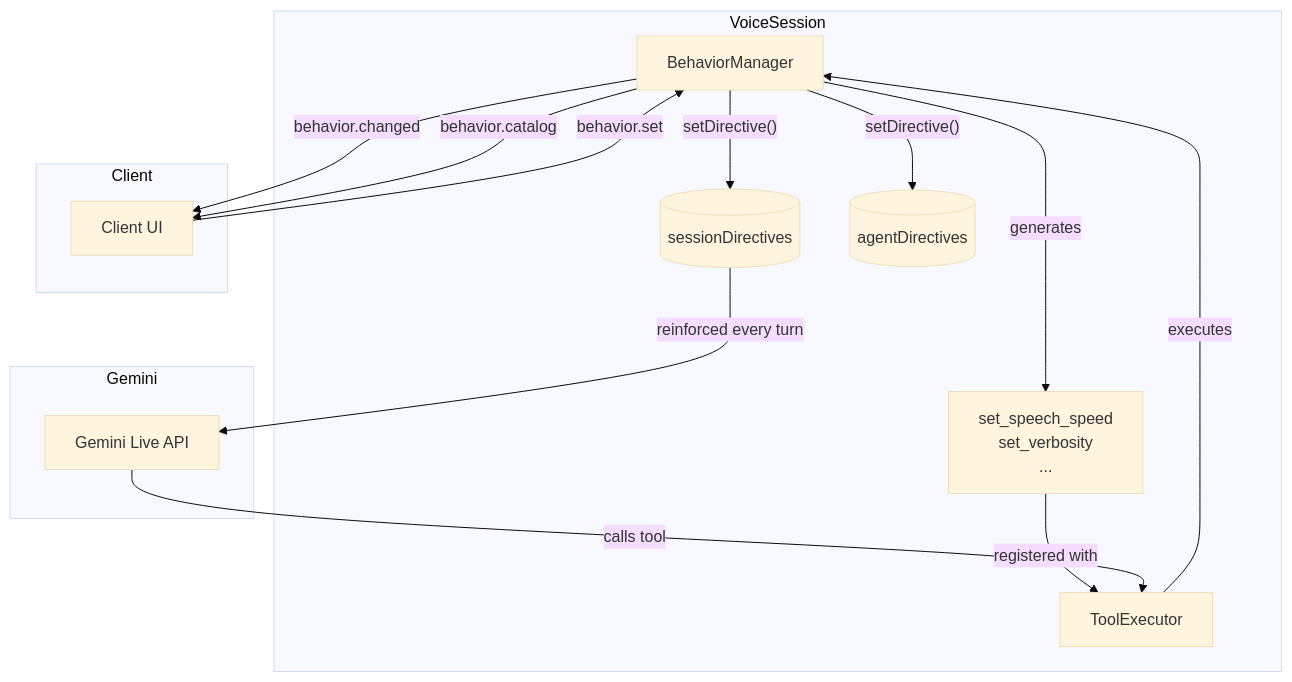
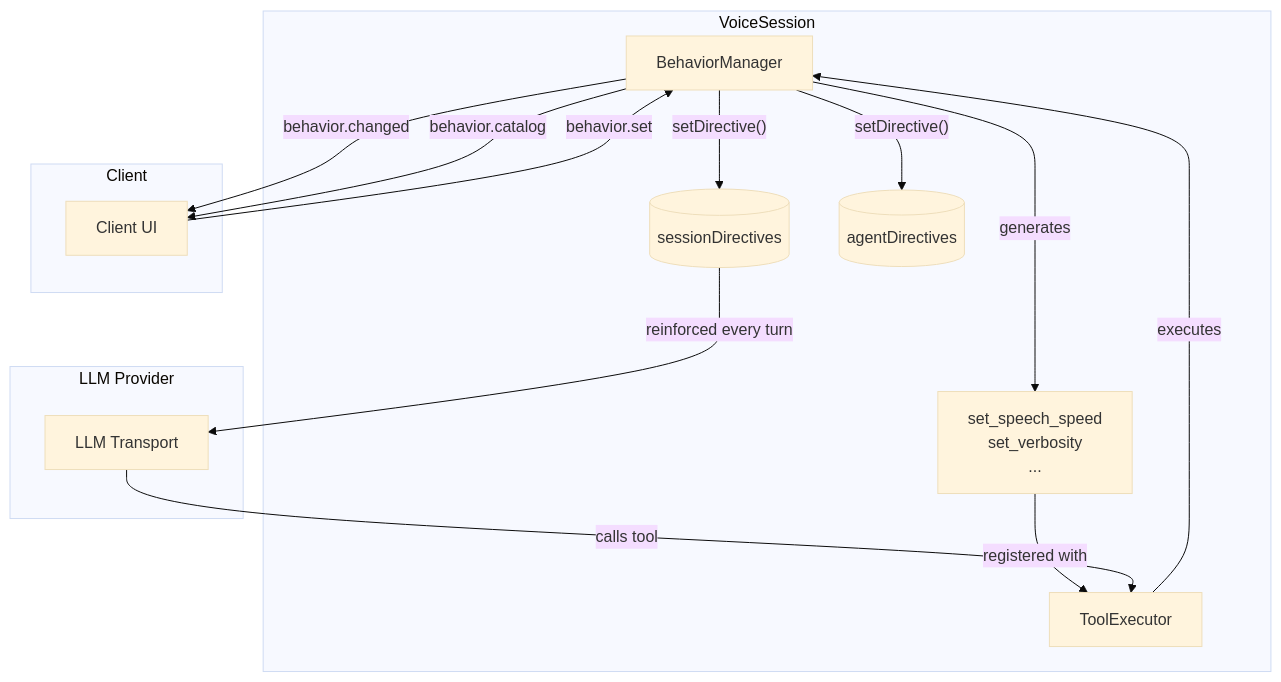
One commit to randombet/bodhi_realtime_agent changed the first of 4 diagrams in docs/guide/behaviors.md. Above: the diagram before and after it, drawn with Mermaid (base theme). The commit also changed other lines of this file and 15 other files, not shown here.

First line of the commit message:
docs: update all docs for LLM transport decoupling (multi-provider support)

````diff
--- a/docs/guide/behaviors.md
+++ b/docs/guide/behaviors.md
@@ -25,29 +25,29 @@
 ```mermaid
 graph TB
     subgraph VoiceSession
         BM[BehaviorManager]
         TE[ToolExecutor]
         SD[(sessionDirectives)]
         AD[(agentDirectives)]
 
         BM -- "generates" --> Tools["set_speech_speed<br/>set_verbosity<br/>..."]
         Tools -- "registered with" --> TE
         BM -- "setDirective()" --> SD
         BM -- "setDirective()" --> AD
     end
 
-    subgraph Gemini
-        LLM[Gemini Live API]
+    subgraph LLMProvider["LLM Provider"]
+        LLM[LLM Transport]
     end
 
     subgraph Client
         UI[Client UI]
     end
 
     LLM -- "calls tool" --> TE
     TE -- "executes" --> BM
     SD -- "reinforced every turn" --> LLM
     BM -- "behavior.changed" --> UI
     BM -- "behavior.catalog" --> UI
     UI -- "behavior.set" --> BM
 ```
````
